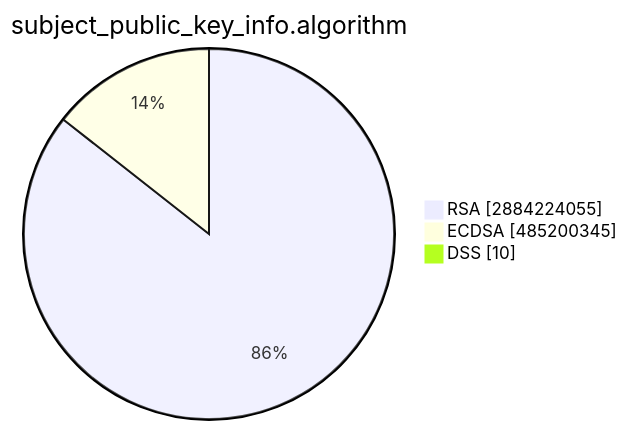
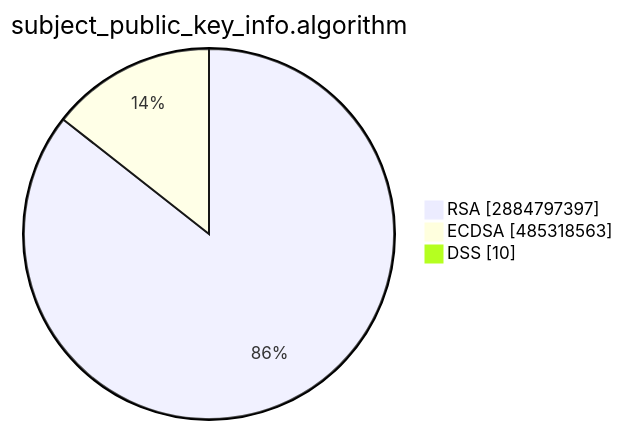
Before and after one commit to christiankrug/ctmonitor_visualization: the second of 15 diagrams in TOTAL/README.md, drawn with Mermaid. The commit also changed other lines of this file, not shown here.

````diff
--- a/TOTAL/README.md
+++ b/TOTAL/README.md
@@ -6,7 +6,7 @@
 ```mermaid
 pie showData
 title subject_public_key_info.algorithm
-"RSA" :2884224055
-"ECDSA" :485200345
+"RSA" :2884797397
+"ECDSA" :485318563
 "DSS" :10
 ```
````
